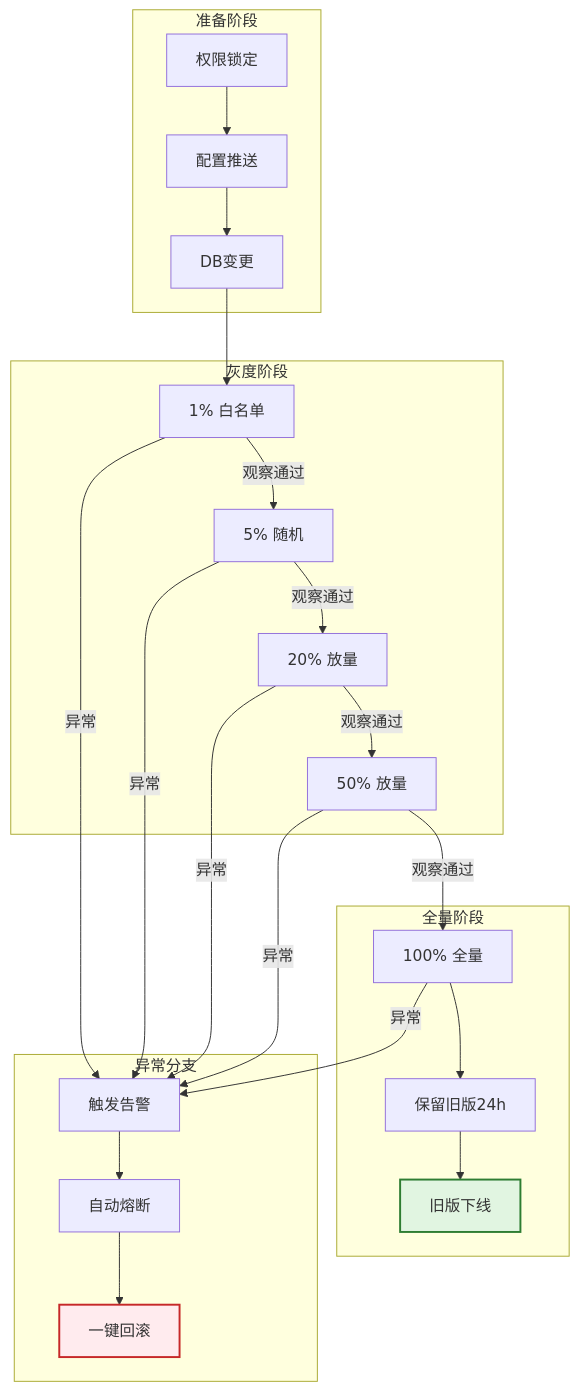
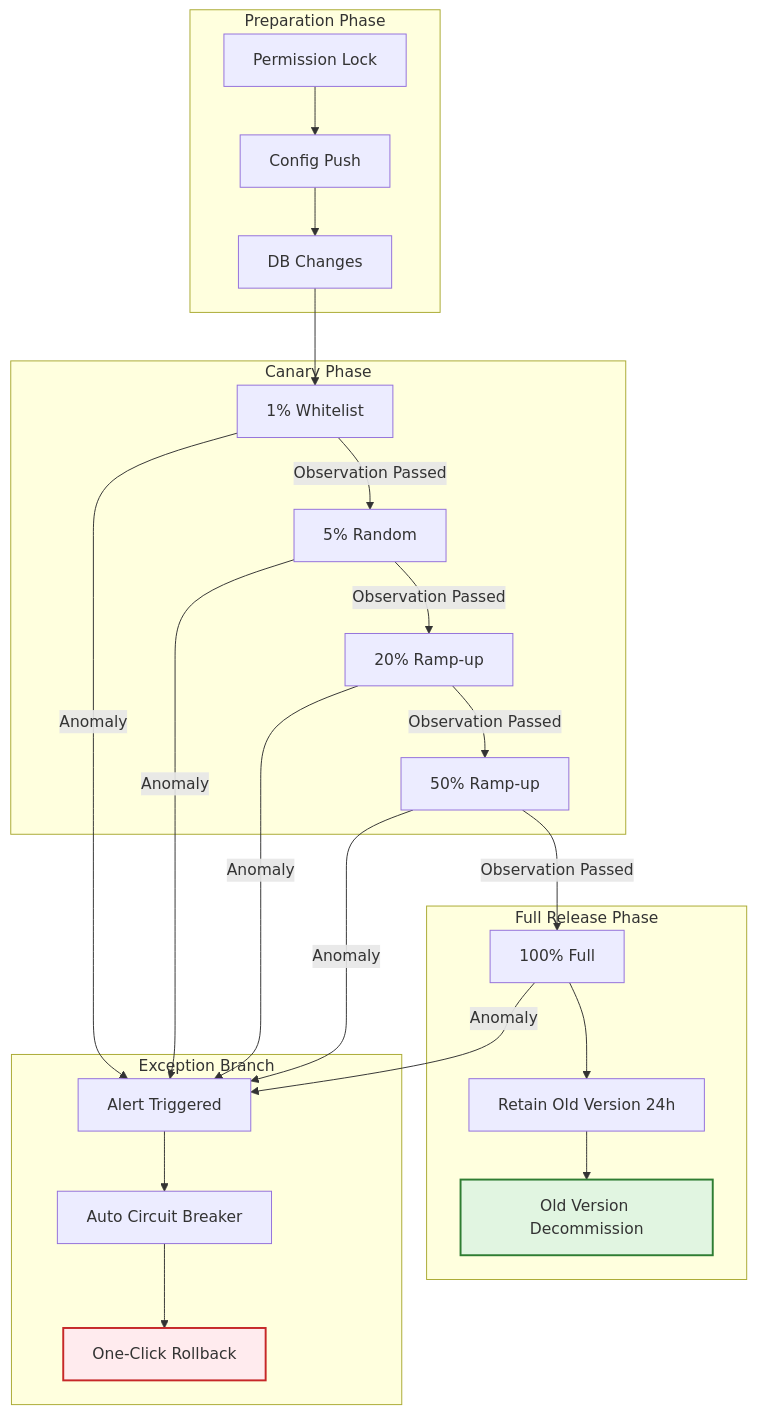
One commit to Kirky-X/cangjie changed the fourth of 8 diagrams in templates/产品/交付层/【模板】发布计划文档.md. Above: the diagram before and after it, drawn with Mermaid. The commit also changed other lines of this file and 46 other files, not shown here.

````diff
--- a/templates/产品/交付层/【模板】发布计划文档.md
+++ b/templates/产品/交付层/【模板】发布计划文档.md
@@ -343,45 +343,45 @@
 ```mermaid
 flowchart TD
-    subgraph 准备阶段
-        P1[权限锁定]
-        P2[配置推送]
-        P3[DB变更]
+    subgraph Preparation Phase
+        P1[Permission Lock]
+        P2[Config Push]
+        P3[DB Changes]
     end
 
-    subgraph 灰度阶段
-        G1[1% 白名单]
-        G2[5% 随机]
-        G3[20% 放量]
-        G4[50% 放量]
+    subgraph Canary Phase
+        G1[1% Whitelist]
+        G2[5% Random]
+        G3[20% Ramp-up]
+        G4[50% Ramp-up]
     end
 
-    subgraph 全量阶段
-        F1[100% 全量]
-        F2[保留旧版24h]
-        F3[旧版下线]
+    subgraph Full Release Phase
+        F1[100% Full]
+        F2[Retain Old Version 24h]
+        F3[Old Version Decommission]
     end
 
-    subgraph 异常分支
-        E1[触发告警]
-        E2[自动熔断]
-        E3[一键回滚]
+    subgraph Exception Branch
+        E1[Alert Triggered]
+        E2[Auto Circuit Breaker]
+        E3[One-Click Rollback]
     end
 
     P1 --> P2 --> P3 --> G1
-    G1 -->|观察通过| G2
-    G2 -->|观察通过| G3
-    G3 -->|观察通过| G4
-    G4 -->|观察通过| F1
+    G1 -->|Observation Passed| G2
+    G2 -->|Observation Passed| G3
+    G3 -->|Observation Passed| G4
+    G4 -->|Observation Passed| F1
     F1 --> F2 --> F3
 
-    G1 --> |异常| E1
-    G2 --> |异常| E1
-    G3 --> |异常| E1
-    G4 --> |异常| E1
-    F1 --> |异常| E1
+    G1 -->|Anomaly| E1
+    G2 -->|Anomaly| E1
+    G3 -->|Anomaly| E1
+    G4 -->|Anomaly| E1
+    F1 -->|Anomaly| E1
     E1 --> E2
     E2 --> E3
 
     style F3 fill:#e1f5e1,stroke:#2e7d32,stroke-width:2px
     style E3 fill:#ffebee,stroke:#c62828,stroke-width:2px
 ```
````
